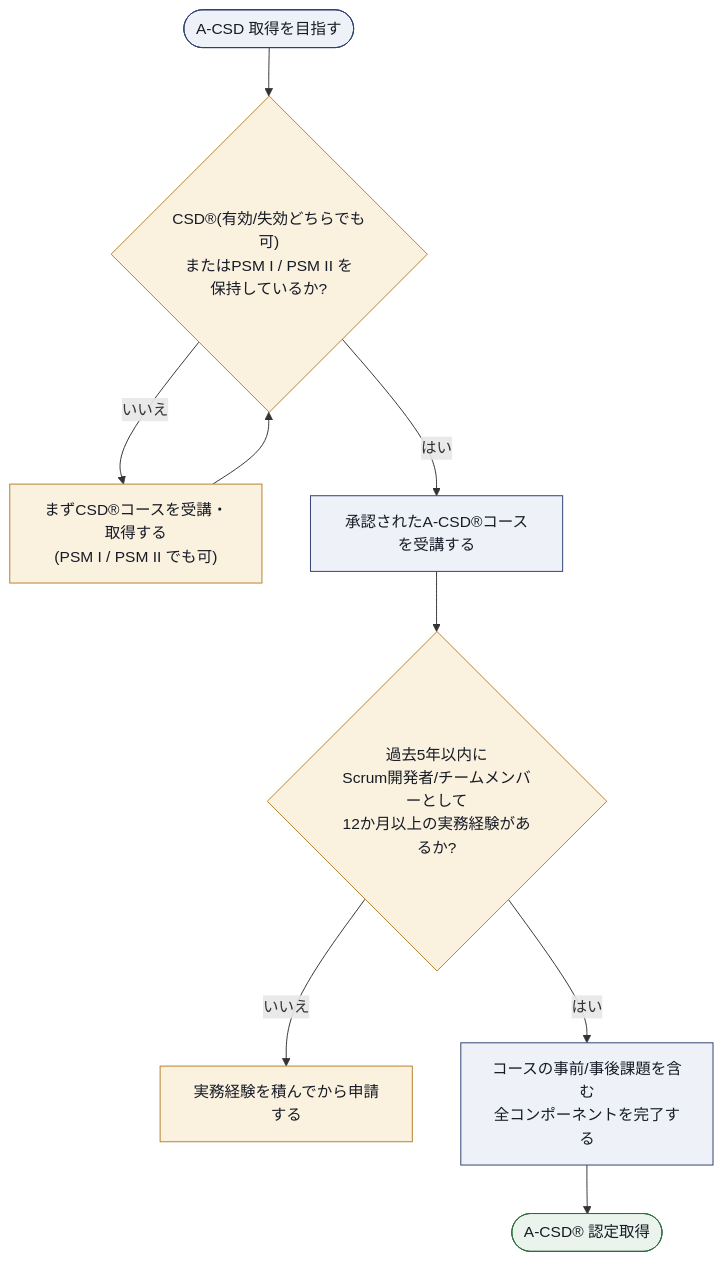
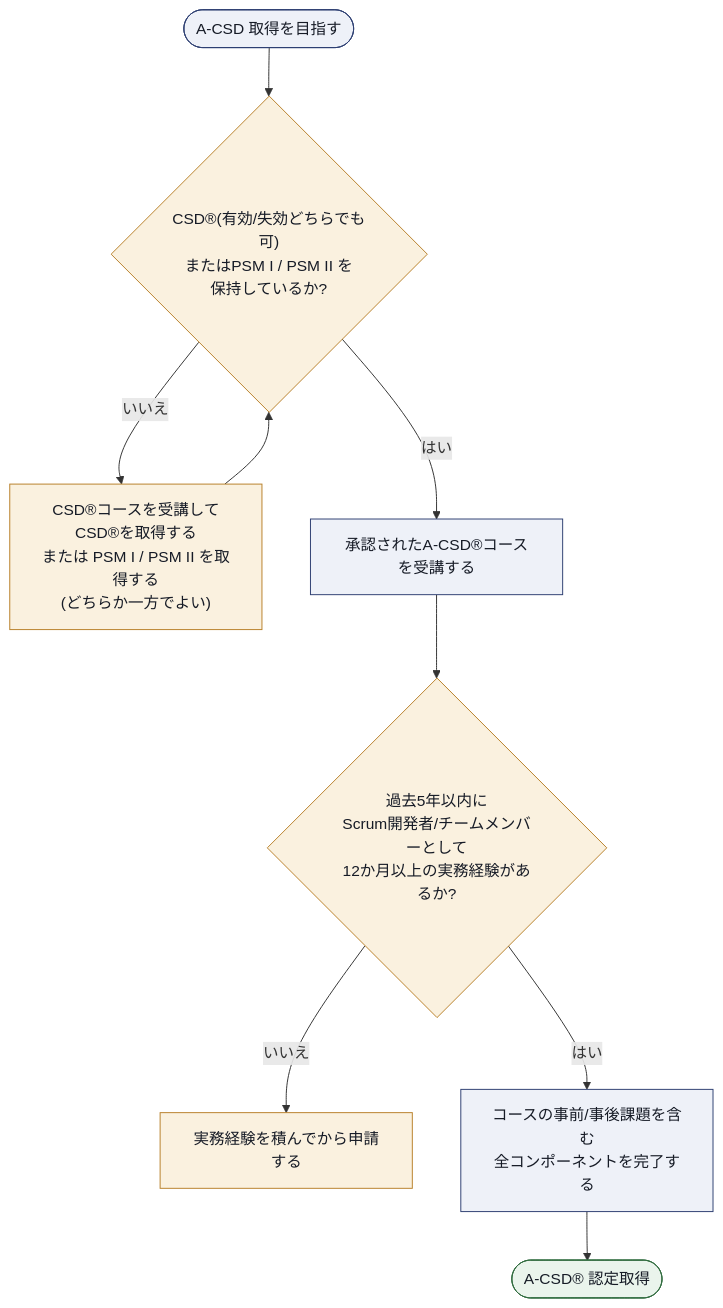
Before and after one commit to myoshi2891/Management-Team-Building-Studies: the second of 16 diagrams in A-csd-advanced-certified-scrum-developer-study-guide.md, drawn with Mermaid.

Commit message:
docs(diagrams): clarify prerequisite qualification step in A-CSD flowchart

````diff
--- a/A-csd-advanced-certified-scrum-developer-study-guide.md
+++ b/A-csd-advanced-certified-scrum-developer-study-guide.md
@@ -94,18 +94,18 @@
 ```mermaid
 flowchart TD
     S(["A-CSD 取得を目指す"]) --> R1{"CSD®(有効/失効どちらでも可)<br/>またはPSM I / PSM II を<br/>保持しているか?"}
-    R1 -- いいえ --> G1["まずCSD®コースを受講・取得する<br/>(PSM I / PSM II でも可)"]
+    R1 -- いいえ --> G1["CSD®コースを受講してCSD®を取得する<br/>または PSM I / PSM II を取得する<br/>(どちらか一方でよい)"]
     G1 --> R1
     R1 -- はい --> R2["承認されたA-CSD®コースを受講する"]
     R2 --> R3{"過去5年以内に<br/>Scrum開発者/チームメンバーとして<br/>12か月以上の実務経験があるか?"}
     R3 -- いいえ --> G2["実務経験を積んでから申請する"]
     R3 -- はい --> R4["コースの事前/事後課題を含む<br/>全コンポーネントを完了する"]
     R4 --> DONE(["A-CSD® 認定取得"])
 
     classDef box fill:#EEF1F8,stroke:#2E3F72,color:#161B26
     classDef hub fill:#FAF1DF,stroke:#B8802A,color:#161B26
     classDef done fill:#EAF4EC,stroke:#2F6B3D,color:#161B26
     class S,R2,R4 box
     class R1,R3,G1,G2 hub
     class DONE done
 ```
````
